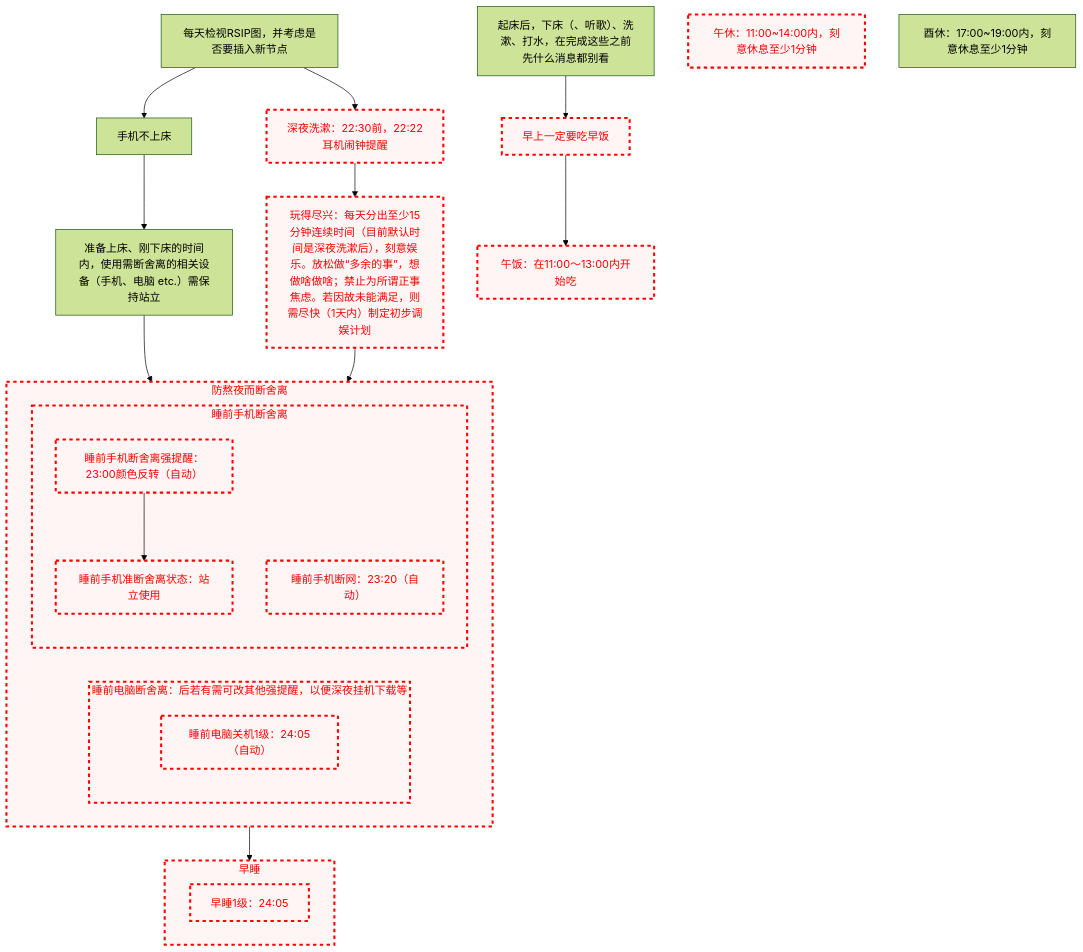
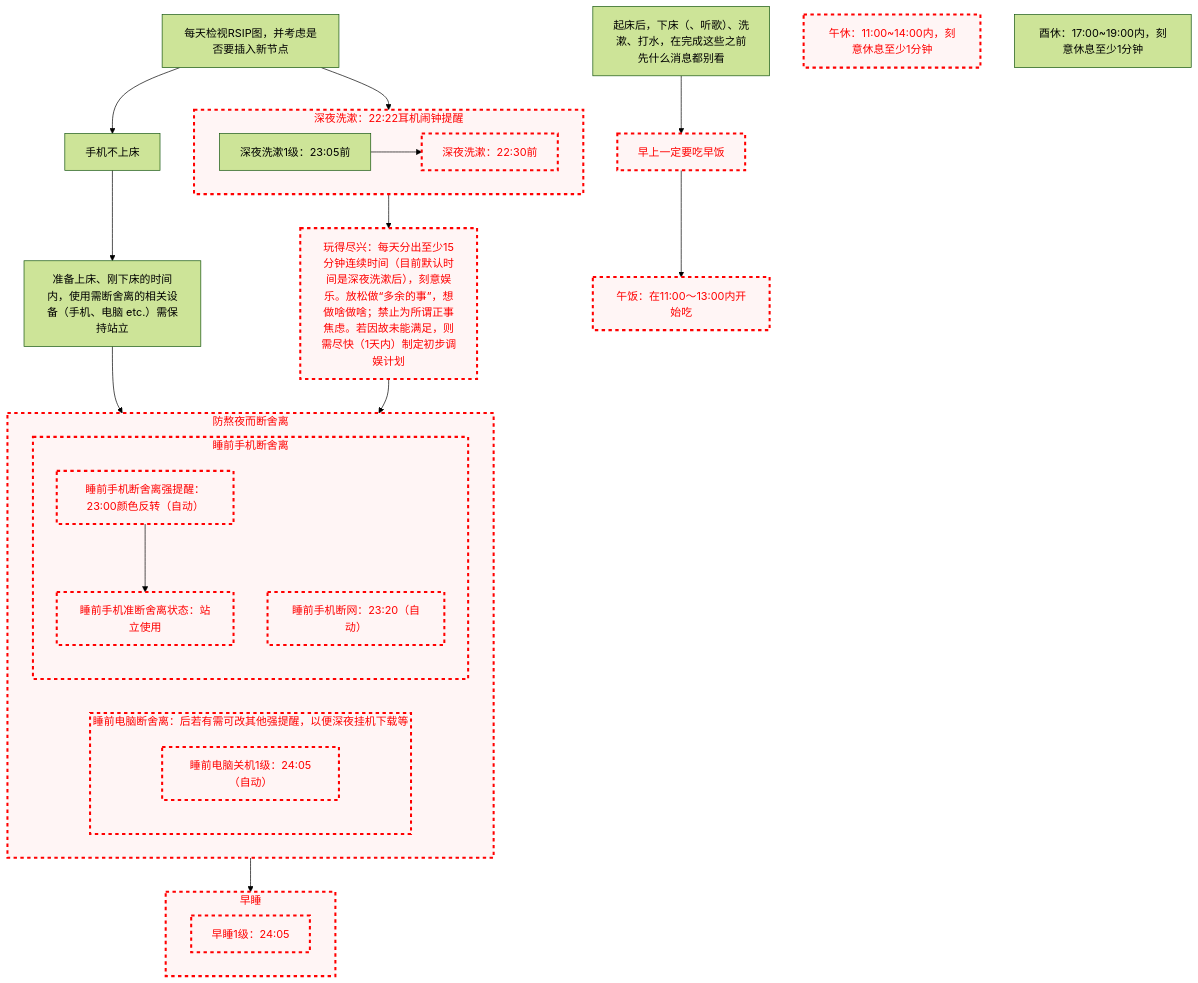
One commit to Ethkuil/RSIP-tree changed the diagram in README.md. Above: the diagram before and after it, drawn with Mermaid (forest theme).

Commit message:
拆分深夜洗漱 & enable 深夜洗漱1级

````diff
--- a/README.md
+++ b/README.md
@@ -14,55 +14,60 @@
 ```mermaid
 graph TD
 
 classDef failed stroke:#ff0000, stroke-width:3px, color:#ff0000, fill:#fff5f5, stroke-dasharray: 5
 
 RSIP[每天检视RSIP图，并考虑是否要插入新节点]
 
 
 RSIP --> 手机不上床
 手机不上床 --> 站立使用[准备上床、刚下床的时间内，使用需断舍离的相关设备（手机、电脑 etc.）需保持站立]
 
-RSIP --> 深夜洗漱[深夜洗漱：22:30前，22:22耳机闹钟提醒]
+RSIP --> 深夜洗漱
+subgraph 深夜洗漱[深夜洗漱：22:22耳机闹钟提醒]
+  深夜洗漱1级[深夜洗漱1级：23:05前]
+  深夜洗漱1级 --> 深夜洗漱最高级[深夜洗漱：22:30前]
+  class 深夜洗漱最高级 failed
+end
 class 深夜洗漱 failed
 深夜洗漱 --> 玩得尽兴[玩得尽兴：每天分出至少15分钟连续时间（目前默认时间是深夜洗漱后），刻意娱乐。放松做“多余的事”，想做啥做啥；禁止为所谓正事焦虑。若因故未能满足，则需尽快（1天内）制定初步调娱计划]
 class 玩得尽兴 failed
 
 站立使用 --> 防熬夜而断舍离
 玩得尽兴 --> 防熬夜而断舍离
 subgraph 防熬夜而断舍离
   subgraph 睡前电脑断舍离[睡前电脑断舍离：后若有需可改其他强提醒，以便深夜挂机下载等]
     睡前电脑关机1级[睡前电脑关机1级：24:05（自动）]
     class 睡前电脑关机1级 failed
   end
   class 睡前电脑断舍离 failed
 
   subgraph 睡前手机断舍离
     睡前手机断舍离强提醒[睡前手机断舍离强提醒：23:00颜色反转（自动）]
     class 睡前手机断舍离强提醒 failed
     睡前手机断舍离强提醒 --> 睡前手机准断舍离状态[睡前手机准断舍离状态：站立使用]
     class 睡前手机准断舍离状态 failed
     睡前手机断网[睡前手机断网：23:20（自动）]
     class 睡前手机断网 failed
   end
   class 睡前手机断舍离 failed
 end
 class 防熬夜而断舍离 failed
 防熬夜而断舍离 --> 早睡
 subgraph 早睡
   早睡1级[早睡1级：24:05]
   class 早睡1级 failed
 end
 class 早睡 failed
 
 
 清晨洗漱[起床后，下床（、听歌）、洗漱、打水，在完成这些之前先什么消息都别看]
 
 清晨洗漱 --> 早饭[早上一定要吃早饭]
 class 早饭 failed
 早饭 --> 午饭[午饭：在11:00～13:00内开始吃]
 class 午饭 failed
 
 午休[午休：11:00~14:00内，刻意休息至少1分钟]
 class 午休 failed
 酉休[酉休：17:00~19:00内，刻意休息至少1分钟]
 ```
````
